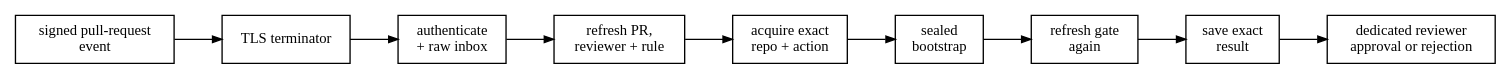
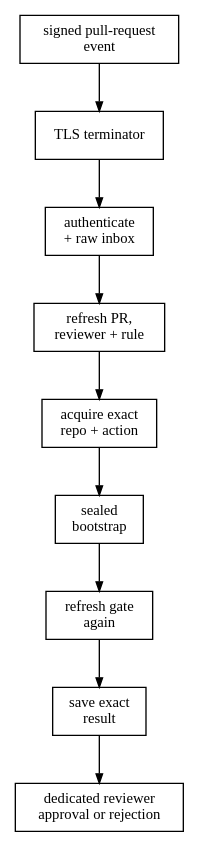
The diagram in docs/src/provider-gitea.md (HardMax71/amiss), drawn with Graphviz before and after one commit. The commit also changed 2 other files, not shown here.

Commit message:
Stand the provider flow diagrams upright
Thirteen boxes left to right rendered as an unreadable strip on the
GitHub page, and the sibling lanes had the same shape at nine and ten.
All three flow diagrams now run top to bottom.

````diff
--- a/docs/src/provider-gitea.md
+++ b/docs/src/provider-gitea.md
@@ -22,17 +22,17 @@
 ```dot process
 digraph gitea_provider {
-  rankdir = LR;
+  rankdir = TB;
   node [shape = box, fontname = "Latin Modern, Georgia, serif", fontsize = 11];
   edge [arrowsize = 0.7, fontname = "Latin Modern, Georgia, serif", fontsize = 10];
   forge  [label = "signed pull-request\nevent"];
   tls    [label = "TLS terminator"];
   inbox  [label = "authenticate\n+ raw inbox"];
   first  [label = "refresh PR,\nreviewer + rule"];
   fetch  [label = "acquire exact\nrepo + action"];
   boot   [label = "sealed\nbootstrap"];
   final  [label = "refresh gate\nagain"];
   save   [label = "save exact\nresult"];
   review [label = "dedicated reviewer\napproval or rejection"];
   forge -> tls -> inbox -> first -> fetch -> boot -> final -> save -> review;
 }
 ```
````
